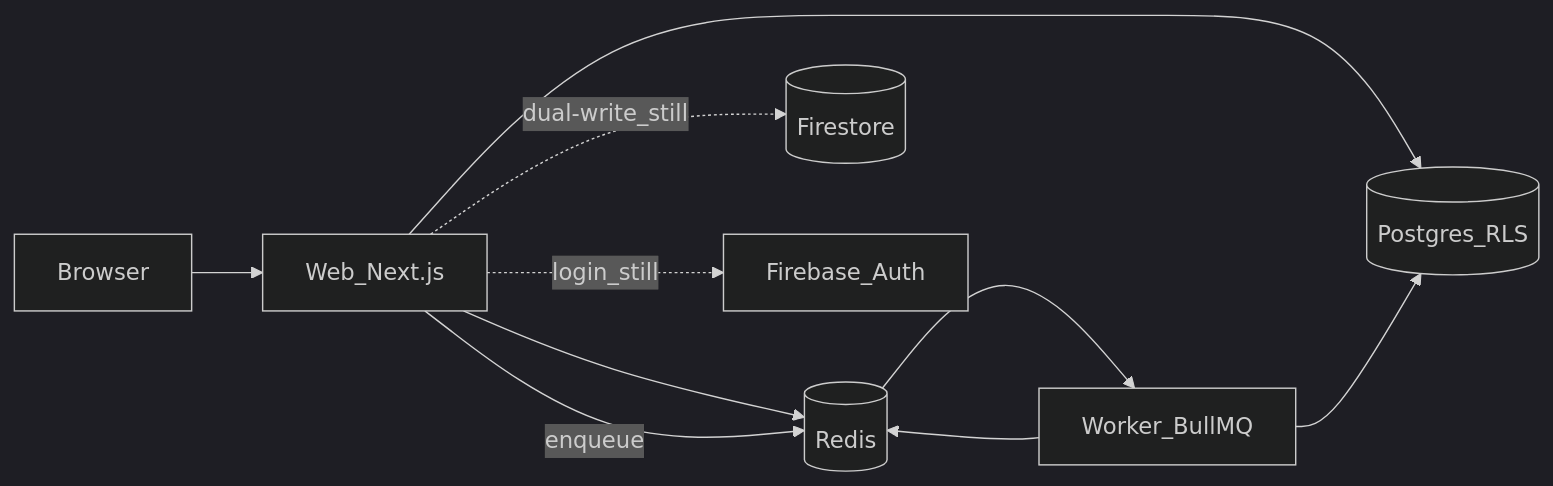
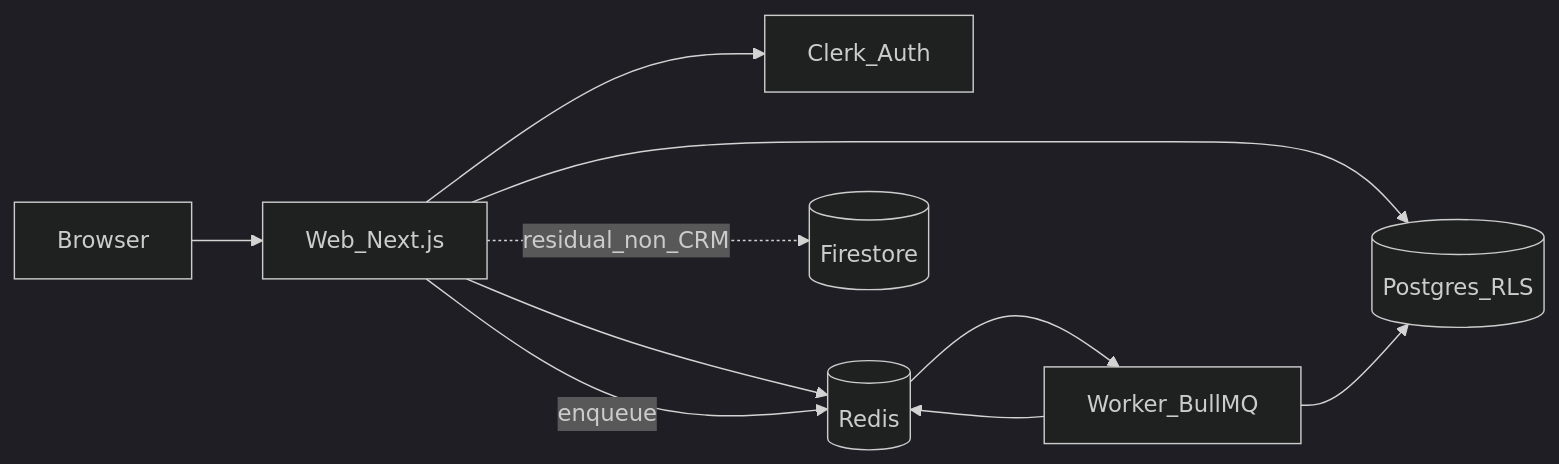
The diagram in README.md (PrimeCode-LLC/nova-crm), drawn with Mermaid (dark theme) before and after one commit. The commit also changed other lines of this file, not shown here.

First line of the commit message:
Update README to reflect Clerk authentication integration and Postgres migration progress.

````diff
--- a/README.md
+++ b/README.md
@@ -16,12 +16,12 @@
 ```mermaid
 flowchart LR
   browser[Browser] --> web[Web_Next.js]
+  web --> clerk[Clerk_Auth]
   web --> pg[(Postgres_RLS)]
   web --> redis[(Redis)]
   web -->|enqueue| redis
   redis --> worker[Worker_BullMQ]
   worker --> pg
   worker --> redis
-  web -.->|dual-write_still| fs[(Firestore)]
-  web -.->|login_still| fa[Firebase_Auth]
+  web -.->|residual_non_CRM| fs[(Firestore)]
 ```
````
